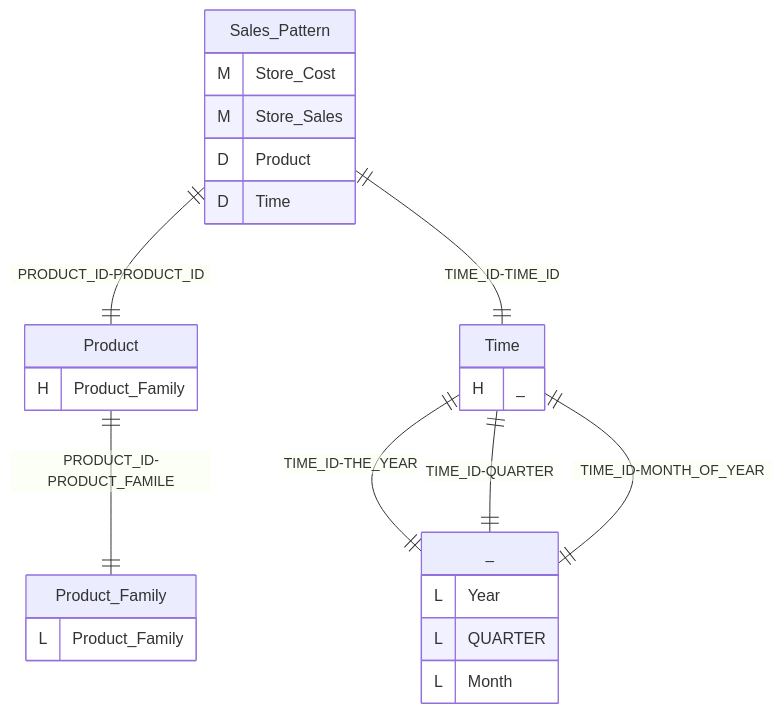
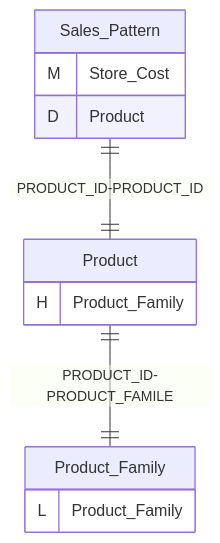
Before and after one commit to xmla-services/workground: the second of 4 diagrams in demo/server/catalogs/tutorial_28_Cube_with_Aggregate_tables/README.MD, drawn with Mermaid. The commit also changed other lines of this file and 10 other files, not shown here.

````diff
--- a/demo/server/catalogs/tutorial_28_Cube_with_Aggregate_tables/README.MD
+++ b/demo/server/catalogs/tutorial_28_Cube_with_Aggregate_tables/README.MD
@@ -131,40 +89,26 @@
 ```mermaid
 %%{init: {
 "theme": "default",
 "themeCSS": [
     ".er.entityBox {stroke: black;}",
     ".er.attributeBoxEven {stroke: black;}",
     ".er.attributeBoxOdd {stroke: black;}",
     "[id^=entity-c] .er.entityBox { fill: lightgreen;} ",
     "[id^=entity-d] .er.entityBox { fill: powderblue;} ",
     "[id^=entity-h] .er.entityBox { fill: pink;} "
 ]
 }}%%
 erDiagram
 c1["Sales_Pattern"]{
 M Store_Cost ""
-M Store_Sales ""
 D Product ""
-D Time ""
 }
 d10["Product"] {
 H Product_Family ""
 }
 h100["Product_Family"] {
 L Product_Family ""
 }
-d11["Time"] {
-H _ ""
-}
-h110["_"] {
-L Year ""
-L QUARTER ""
-L Month ""
-}
 "c1" ||--|| "d10" : "PRODUCT_ID-PRODUCT_ID"
 "d10" ||--|| "h100" : "PRODUCT_ID-PRODUCT_FAMILE"
-"c1" ||--|| "d11" : "TIME_ID-TIME_ID"
-"d11" ||--|| "h110" : "TIME_ID-THE_YEAR"
-"d11" ||--|| "h110" : "TIME_ID-QUARTER"
-"d11" ||--|| "h110" : "TIME_ID-MONTH_OF_YEAR"
 ```
````
